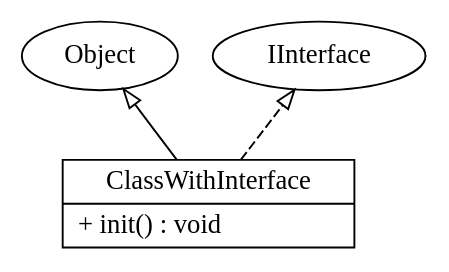
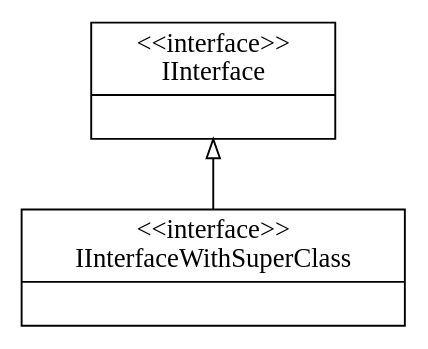
Before and after one commit to tpunt3/Csse374: the diagram in input_output/test.gv, drawn with Graphviz. The commit also changed 14 other files, not shown here.

```diff
--- a/input_output/test.gv
+++ b/input_output/test.gv
@@ -1,11 +1,15 @@
 digraph model{
 rankdir = BT;
-ClassWithInterface [
+IInterfaceWithSuperClass [
 shape="record",
-label = "{ClassWithInterface| + init() : void\l}"
+label = "{\<\<interface\>\>\nIInterfaceWithSuperClass| }"
+];
+
+IInterface [
+shape="record",
+label = "{\<\<interface\>\>\nIInterface| }"
 ];
 
 //writing relations between classes now
-ClassWithInterface -> Object [arrowhead = "empty"];
-ClassWithInterface -> IInterface [arrowhead = "empty", style = "dashed"];
+IInterfaceWithSuperClass -> IInterface [arrowhead = "empty"];
 }
```
